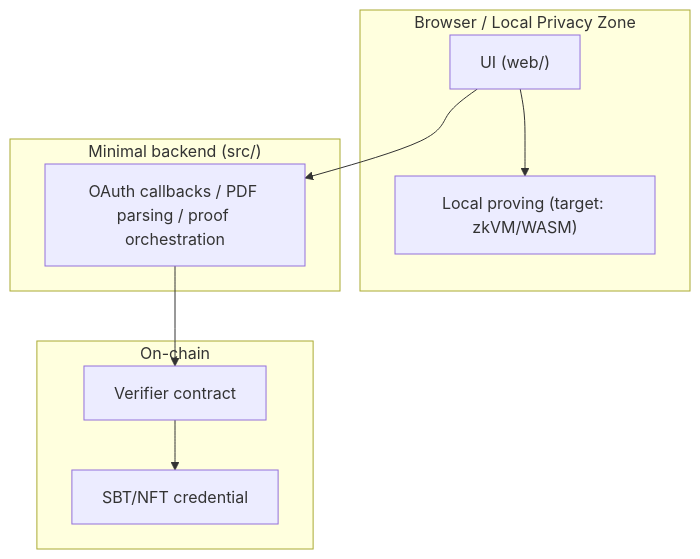
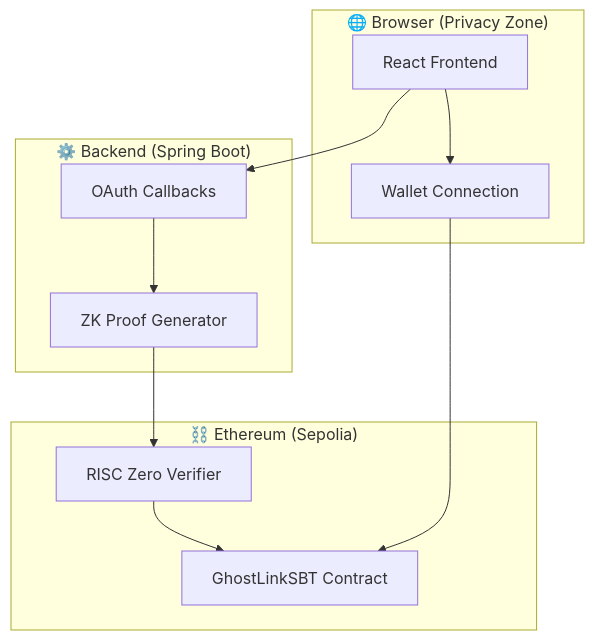
The diagram in README.md (kyp2022/ghostlink), drawn with Mermaid before and after one commit. The commit also changed other lines of this file and 12 other files, not shown here.

````diff
--- a/README.md
+++ b/README.md
@@ -53,18 +86,24 @@
 ```mermaid
 graph TD
-  subgraph Browser["Browser / Local Privacy Zone"]
-    UI["UI (web/)"]
-    Prover["Local proving (target: zkVM/WASM)"]
-    UI --> Prover
-  end
-  subgraph Backend["Minimal backend (src/)"]
-    API["OAuth callbacks / PDF parsing / proof orchestration"]
-  end
-  subgraph Chain["On-chain"]
-    Verifier["Verifier contract"]
-    SBT["SBT/NFT credential"]
+    subgraph Browser["🌐 Browser (Privacy Zone)"]
+        UI["React Frontend"]
+        Wallet["Wallet Connection"]
+    end
+    
+    subgraph Backend["⚙️ Backend (Spring Boot)"]
+        OAuth["OAuth Callbacks"]
+        Prover["ZK Proof Generator"]
+    end
+    
+    subgraph Chain["⛓️ Ethereum (Sepolia)"]
+        Verifier["RISC Zero Verifier"]
+        SBT["GhostLinkSBT Contract"]
+    end
+    
+    UI --> Wallet
+    UI --> OAuth
+    OAuth --> Prover
+    Prover --> Verifier
     Verifier --> SBT
-  end
-  UI --> API
-  API --> Verifier
+    Wallet --> SBT
 ```
````
